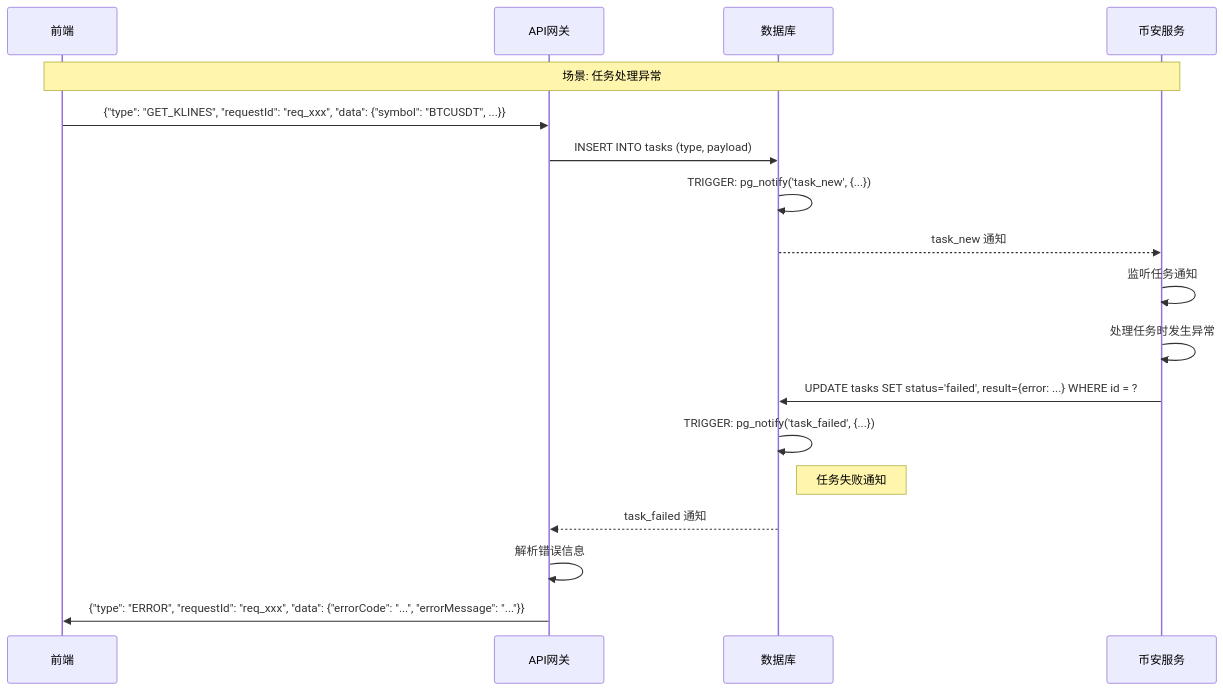
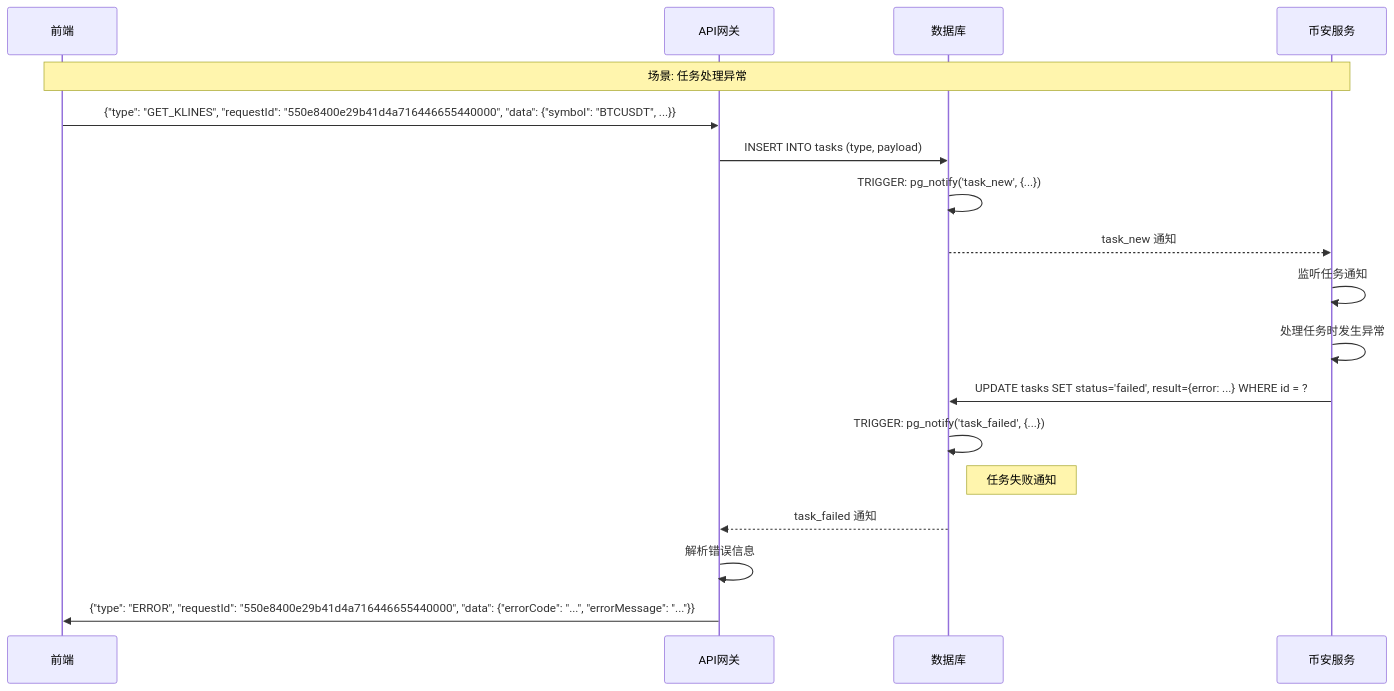
The third of 10 diagrams in docs/backend/design/02-dataflow.md (mj2154/quant-trading-system-2602), drawn with Mermaid before and after one commit. The commit also changed other lines of this file and 42 other files, not shown here.

````diff
--- a/docs/backend/design/02-dataflow.md
+++ b/docs/backend/design/02-dataflow.md
@@ -134,25 +134,25 @@
 ```mermaid
 sequenceDiagram
     participant Front as 前端
     participant GW as API网关
     participant DB as 数据库
     participant BN as 币安服务
 
     Note over Front, BN: 场景: 任务处理异常
 
-    Front->>GW: {"type": "GET_KLINES", "requestId": "req_xxx", "data": {"symbol": "BTCUSDT", ...}}
+    Front->>GW: {"type": "GET_KLINES", "requestId": "550e8400e29b41d4a716446655440000", "data": {"symbol": "BTCUSDT", ...}}
 
     GW->>DB: INSERT INTO tasks (type, payload)
     DB->>DB: TRIGGER: pg_notify('task_new', {...})
 
     DB-->>BN: task_new 通知
     BN->>BN: 监听任务通知
     BN->>BN: 处理任务时发生异常
     BN->>DB: UPDATE tasks SET status='failed', result={error: ...} WHERE id = ?
     DB->>DB: TRIGGER: pg_notify('task_failed', {...})
 
     Note right of DB: 任务失败通知
     DB-->>GW: task_failed 通知
     GW->>GW: 解析错误信息
-    GW->>Front: {"type": "ERROR", "requestId": "req_xxx", "data": {"errorCode": "...", "errorMessage": "..."}}
+    GW->>Front: {"type": "ERROR", "requestId": "550e8400e29b41d4a716446655440000", "data": {"errorCode": "...", "errorMessage": "..."}}
 ```
````
